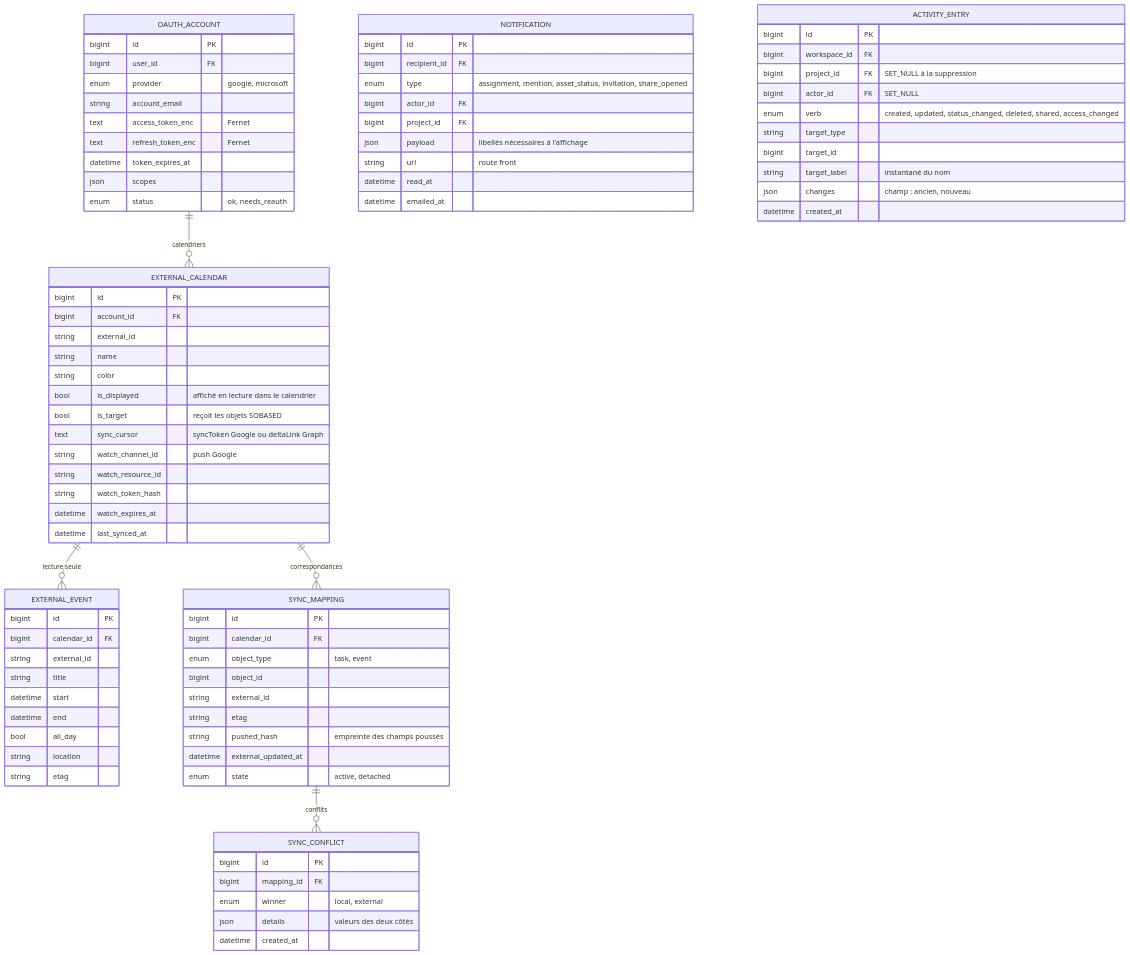
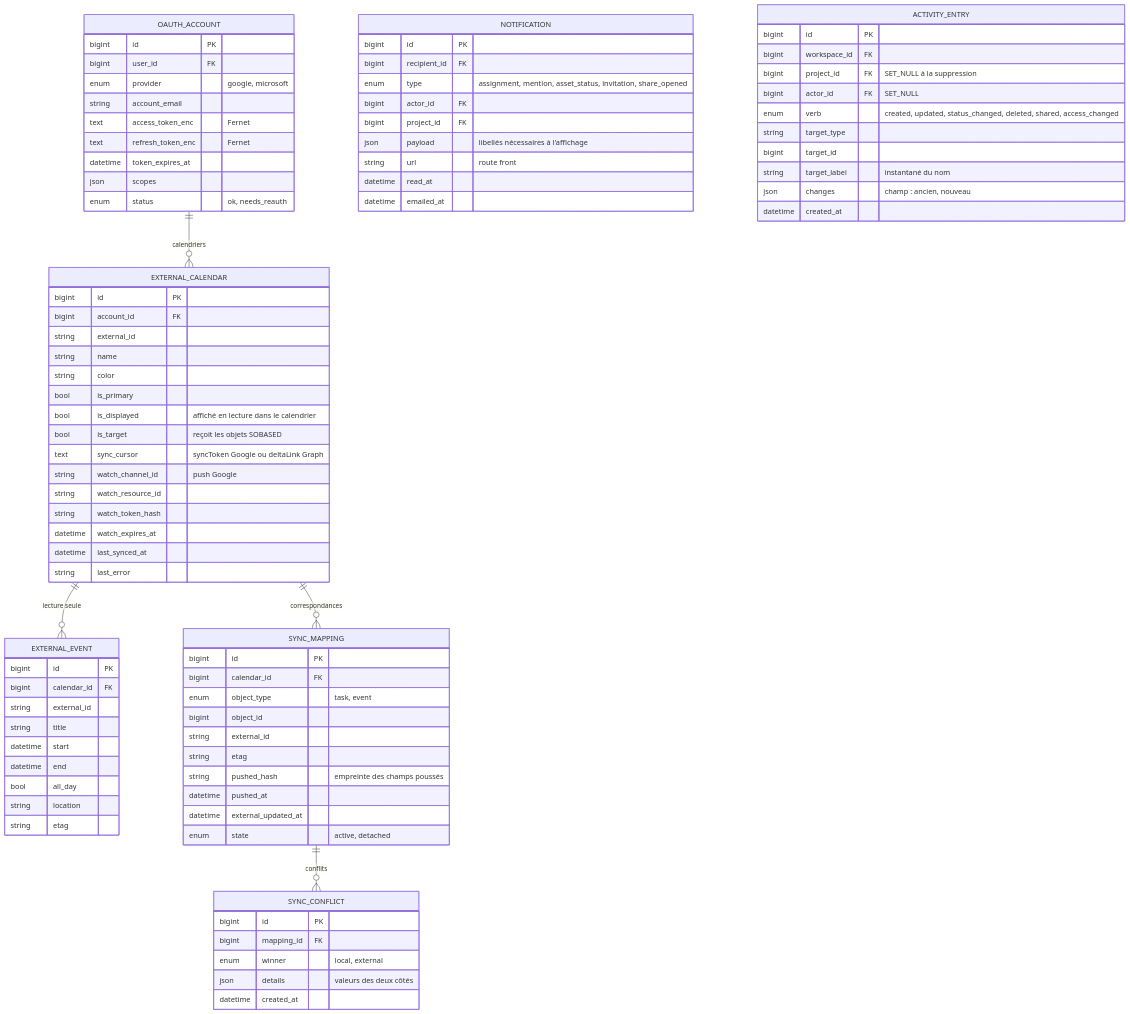
One commit to lucagslr/sobased changed the seventh of 7 diagrams in DATABASE_SCHEMA.md. Above: the diagram before and after it, drawn with Mermaid. The commit also changed 29 other files, not shown here.

```diff
--- a/DATABASE_SCHEMA.md
+++ b/DATABASE_SCHEMA.md
@@ -554,6 +554,7 @@
         string external_id
         string name
         string color
+        bool is_primary
         bool is_displayed "affiché en lecture dans le calendrier"
         bool is_target "reçoit les objets SOBASED"
         text sync_cursor "syncToken Google ou deltaLink Graph"
@@ -562,6 +563,7 @@
         string watch_token_hash
         datetime watch_expires_at
         datetime last_synced_at
+        string last_error
     }
     EXTERNAL_EVENT {
         bigint id PK
@@ -582,6 +584,7 @@
         string external_id
         string etag
         string pushed_hash "empreinte des champs poussés"
+        datetime pushed_at
         datetime external_updated_at
         enum state "active, detached"
     }
```
